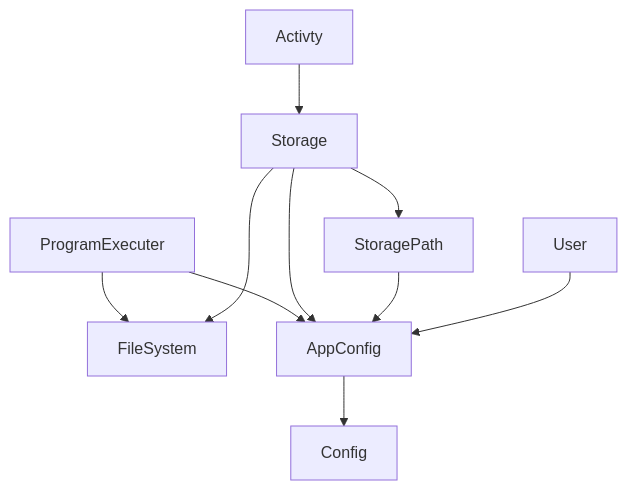
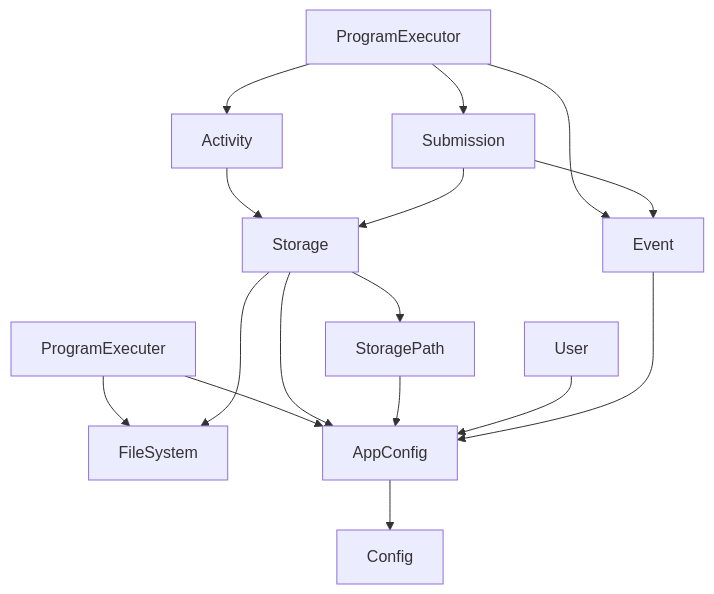
One commit to luetek/starter-web-app changed the diagram in apps/nest-app/ARCH.md. Above: the diagram before and after it, drawn with Mermaid. The commit also changed other lines of this file and 11 other files, not shown here.

````diff
--- a/apps/nest-app/ARCH.md
+++ b/apps/nest-app/ARCH.md
@@ -9,12 +9,18 @@
 ```mermaid
   graph TD;
   ProgramExecuter --> FileSystem
   ProgramExecuter --> AppConfig
-  Activty --> Storage
+  Activity --> Storage
   Storage --> FileSystem
   Storage --> StoragePath;
   Storage --> AppConfig;
   StoragePath --> AppConfig;
   User--> AppConfig;
+  ProgramExecutor --> Event;
+  ProgramExecutor --> Activity;
+  ProgramExecutor --> Submission;
+  Submission --> Event;
+  Submission --> Storage;
+  Event --> AppConfig;
   AppConfig --> Config
 ```
````
